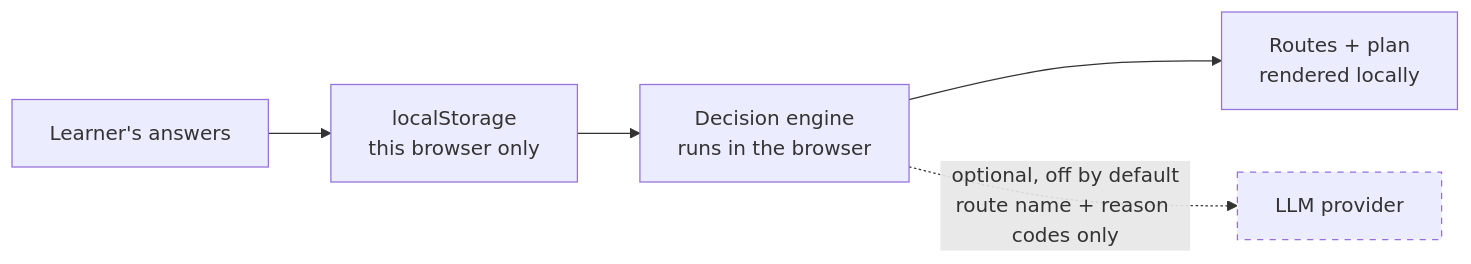
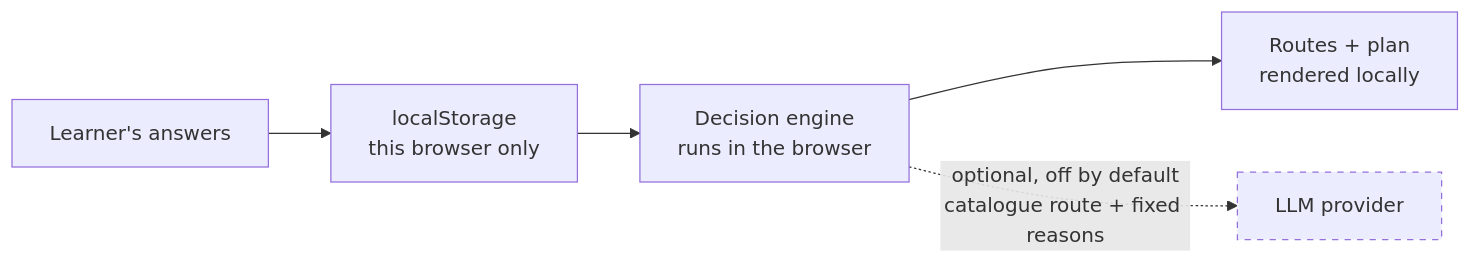
The diagram in docs/08-privacy-and-data.md (winxtxrgit/futureme-ai), drawn with Mermaid before and after one commit. The commit also changed other lines of this file and 41 other files, not shown here.

````diff
--- a/docs/08-privacy-and-data.md
+++ b/docs/08-privacy-and-data.md
@@ -88,9 +98,9 @@
 ```mermaid
 flowchart LR
     A["Learner's answers"] --> B["localStorage<br/>this browser only"]
     B --> C["Decision engine<br/>runs in the browser"]
     C --> D["Routes + plan<br/>rendered locally"]
-    C -.->|"optional, off by default<br/>route name + reason codes only"| E["LLM provider"]
+    C -.->|"optional, off by default<br/>catalogue route + fixed reasons"| E["LLM provider"]
 
     style E stroke-dasharray: 5 5
 ```
````
